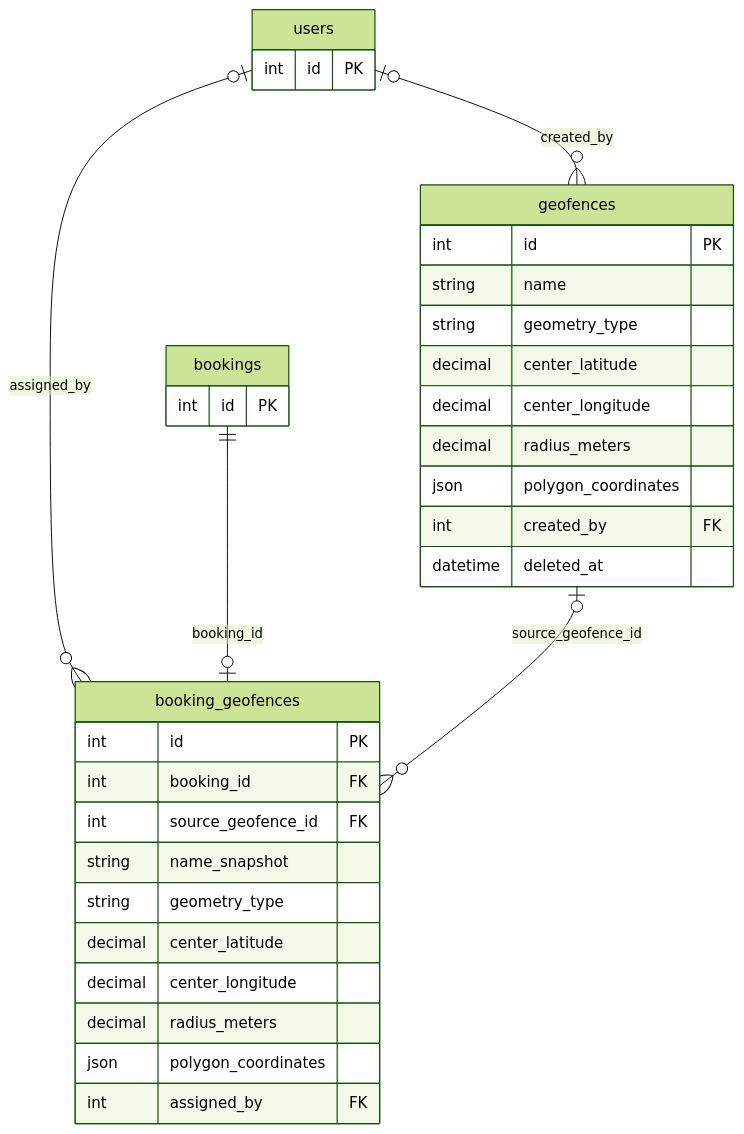
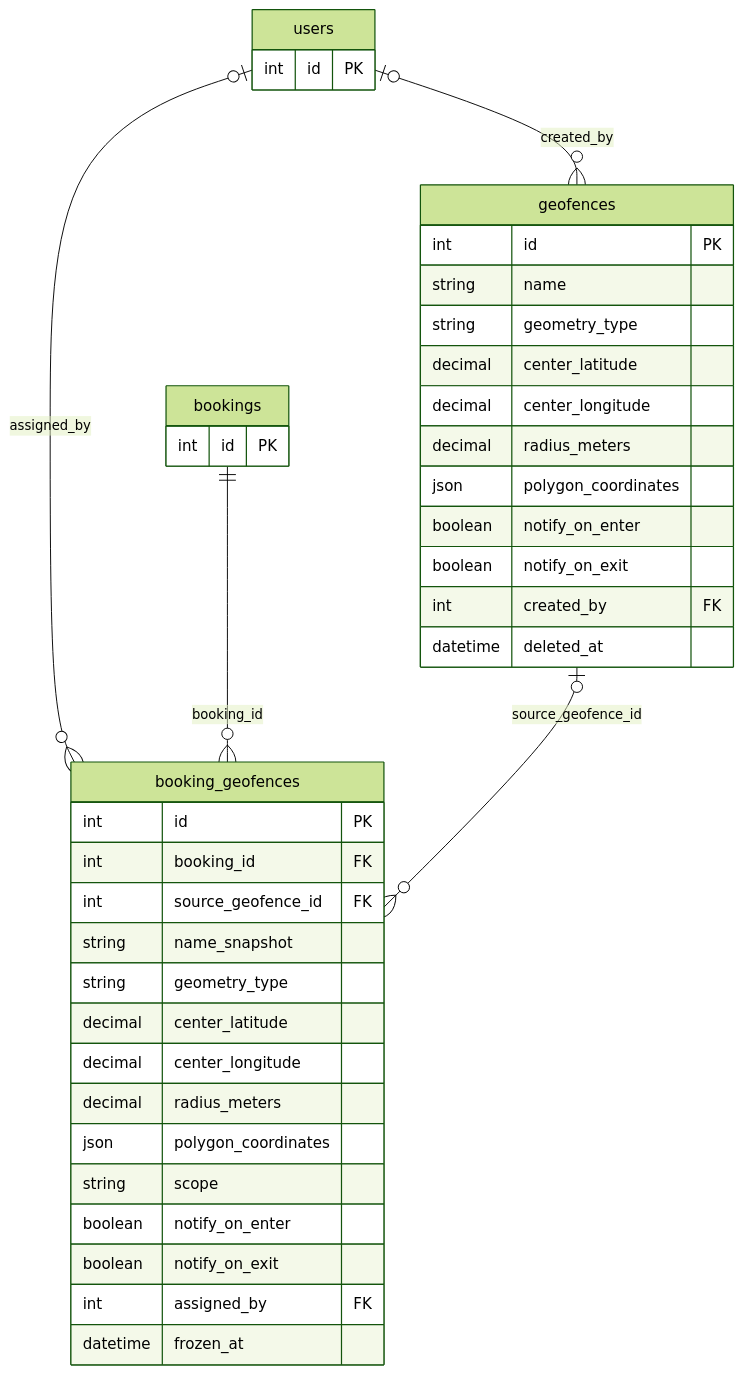
The seventh of 10 diagrams in docs/ERD.md (M-Juss/jamjade-car-rental), drawn with Mermaid (forest theme) before and after one commit. The commit also changed other lines of this file and 20 other files, not shown here.

````diff
--- a/docs/ERD.md
+++ b/docs/ERD.md
@@ -349,36 +364,42 @@
 ```mermaid
 erDiagram
     geofences {
         int id PK
         string name
         string geometry_type
         decimal center_latitude
         decimal center_longitude
         decimal radius_meters
         json polygon_coordinates
+        boolean notify_on_enter
+        boolean notify_on_exit
         int created_by FK
         datetime deleted_at
     }
     booking_geofences {
         int id PK
         int booking_id FK
         int source_geofence_id FK
         string name_snapshot
         string geometry_type
         decimal center_latitude
         decimal center_longitude
         decimal radius_meters
         json polygon_coordinates
+        string scope
+        boolean notify_on_enter
+        boolean notify_on_exit
         int assigned_by FK
+        datetime frozen_at
     }
     bookings {
         int id PK
     }
     users {
         int id PK
     }
     users o|--o{ booking_geofences : "assigned_by"
-    bookings ||--o| booking_geofences : "booking_id"
+    bookings ||--o{ booking_geofences : "booking_id"
     geofences o|--o{ booking_geofences : "source_geofence_id"
     users o|--o{ geofences : "created_by"
 ```
````
